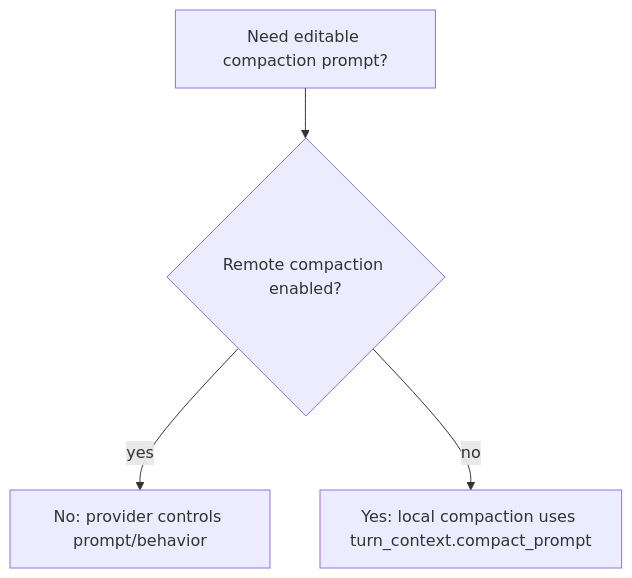
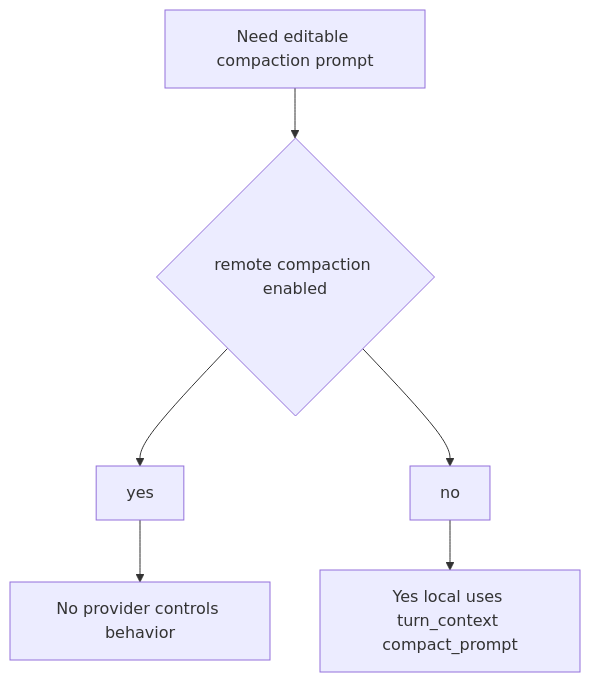
One commit to rawr-ai/codex changed the ninth of 9 diagrams in rawr/issues/ISSUE-auto-compaction-handoff-workflow.md. Above: the diagram before and after it, drawn with Mermaid. The commit also changed other lines of this file, not shown here.

Commit message:
docs(rawr): make mermaid compatible

````diff
--- a/rawr/issues/ISSUE-auto-compaction-handoff-workflow.md
+++ b/rawr/issues/ISSUE-auto-compaction-handoff-workflow.md
@@ -322,6 +357,8 @@
 ```mermaid
 graph TD
-  A[Need editable compaction prompt?] --> B{Remote compaction enabled?}
-  B -->|yes| C[No: provider controls prompt/behavior]
-  B -->|no| D[Yes: local compaction uses turn_context.compact_prompt]
+  A[Need editable compaction prompt] --> B{remote compaction enabled}
+  B --> B_yes[yes]
+  B_yes --> C[No provider controls behavior]
+  B --> B_no[no]
+  B_no --> D[Yes local uses turn_context compact_prompt]
 ```
````
